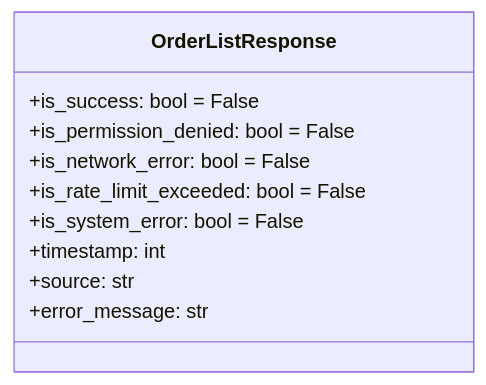
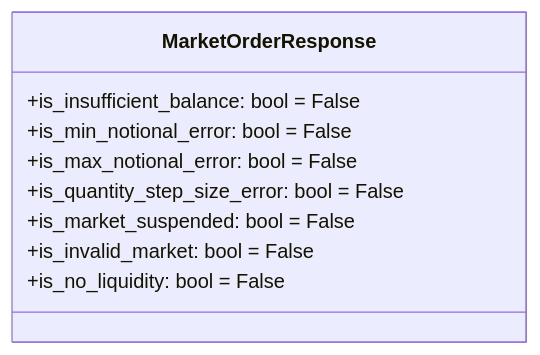
Before and after one commit to gatesplan/python-toolbox: the fourth of 16 diagrams in packages/financial-assets/financial_assets/response/Architecture.md, drawn with Mermaid. The commit also changed other lines of this file, not shown here.

First line of the commit message:
docs(financial-assets): Response 아키텍처 BaseResponse 상속 구조로 리팩토링

````diff
--- a/packages/financial-assets/financial_assets/response/Architecture.md
+++ b/packages/financial-assets/financial_assets/response/Architecture.md
@@ -255,13 +141,12 @@
 ```mermaid
 classDiagram
-    class OrderListResponse {
-        +is_success: bool = False
-        +is_permission_denied: bool = False
-        +is_network_error: bool = False
-        +is_rate_limit_exceeded: bool = False
-        +is_system_error: bool = False
-        +timestamp: int
-        +source: str
-        +error_message: str
+    class MarketOrderResponse {
+        +is_insufficient_balance: bool = False
+        +is_min_notional_error: bool = False
+        +is_max_notional_error: bool = False
+        +is_quantity_step_size_error: bool = False
+        +is_market_suspended: bool = False
+        +is_invalid_market: bool = False
+        +is_no_liquidity: bool = False
     }
 ```
````
